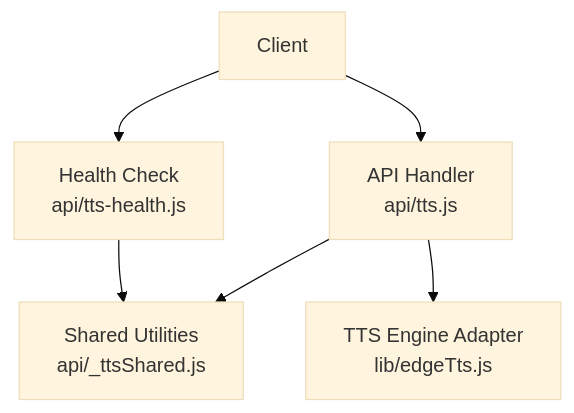
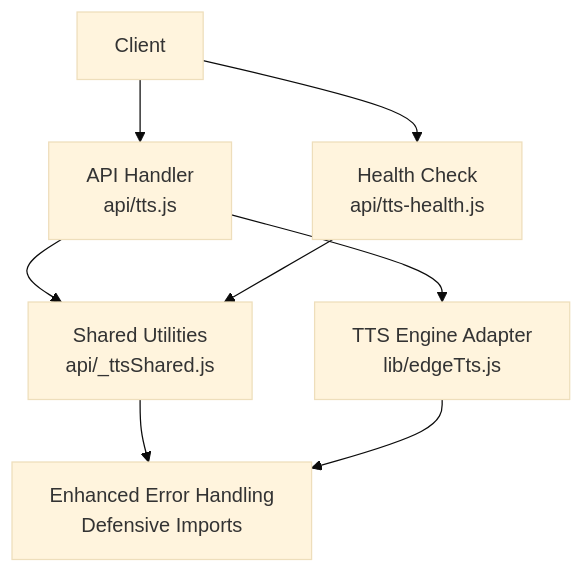
The first of 4 diagrams in .qoder/repowiki/en/content/API Reference/Text-to-Speech API.md (zmyeo54/briefroom), drawn with Mermaid (base theme) before and after one commit. The commit also changed other lines of this file and 31 other files, not shown here.

First line of the commit message:
docs(tts): enhance error handling and stability with defensive imports

````diff
--- a/.qoder/repowiki/en/content/API Reference/Text-to-Speech API.md
+++ b/.qoder/repowiki/en/content/API Reference/Text-to-Speech API.md
@@ -34,8 +42,10 @@
 ```mermaid
 graph TB
 Client["Client"] --> TTS["API Handler<br/>api/tts.js"]
 Client --> Health["Health Check<br/>api/tts-health.js"]
 TTS --> Shared["Shared Utilities<br/>api/_ttsShared.js"]
 TTS --> EdgeTTS["TTS Engine Adapter<br/>lib/edgeTts.js"]
 Health --> Shared
+Shared --> ErrorHandling["Enhanced Error Handling<br/>Defensive Imports"]
+EdgeTTS --> ErrorHandling
 ```
````
